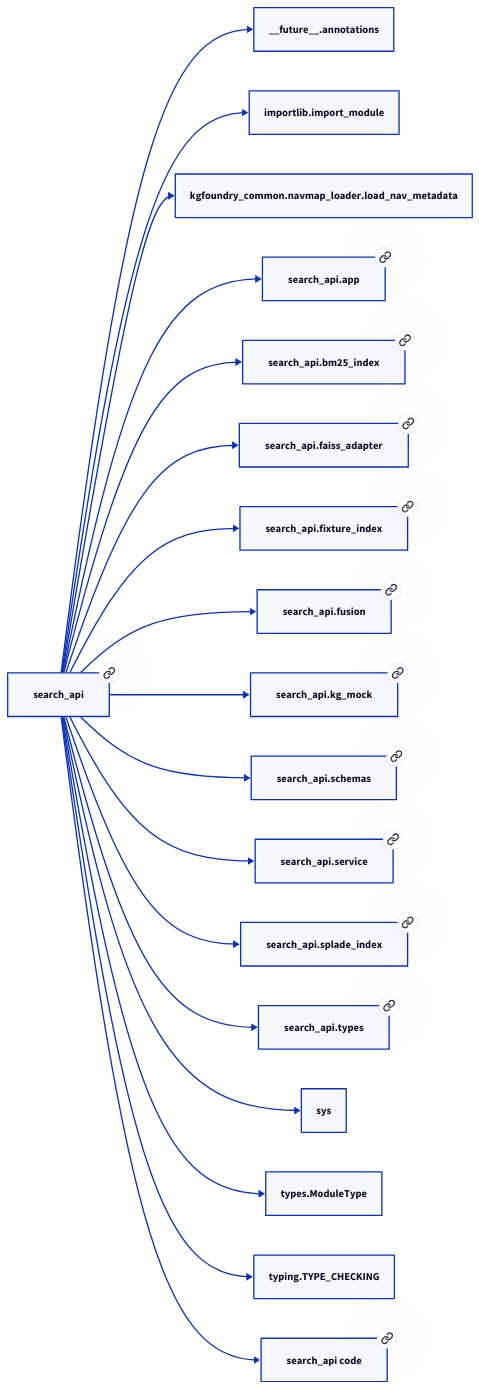
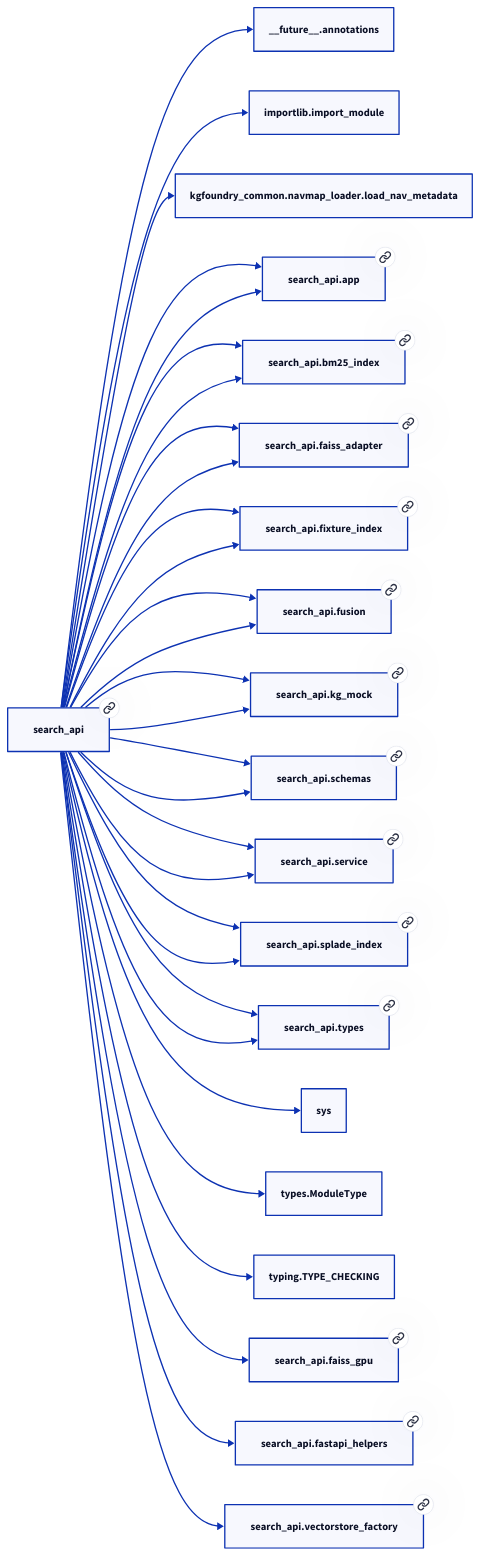
Before and after one commit to paul-heyse/kgforge: the diagram in docs/modules/search_api.md, drawn with D2. The commit also changed other lines of this file and 208 other files, not shown here.

````diff
--- a/docs/modules/search_api.md
+++ b/docs/modules/search_api.md
@@ -37,38 +41,52 @@
 ```d2
 direction: right
-"search_api": "search_api" { link: "./search_api.md" }
+"search_api": "search_api" { link: "https://github.com/paul-heyse/kgfoundry/blob/main/src/search_api/__init__.py" }
 "__future__.annotations": "__future__.annotations"
 "search_api" -> "__future__.annotations"
 "importlib.import_module": "importlib.import_module"
 "search_api" -> "importlib.import_module"
 "kgfoundry_common.navmap_loader.load_nav_metadata": "kgfoundry_common.navmap_loader.load_nav_metadata"
 "search_api" -> "kgfoundry_common.navmap_loader.load_nav_metadata"
-"search_api.app": "search_api.app" { link: "./search_api/app.md" }
+"search_api.app": "search_api.app" { link: "https://github.com/paul-heyse/kgfoundry/blob/main/src/search_api/app.py" }
 "search_api" -> "search_api.app"
-"search_api.bm25_index": "search_api.bm25_index" { link: "./search_api/bm25_index.md" }
+"search_api.bm25_index": "search_api.bm25_index" { link: "https://github.com/paul-heyse/kgfoundry/blob/main/src/search_api/bm25_index.py" }
 "search_api" -> "search_api.bm25_index"
-"search_api.faiss_adapter": "search_api.faiss_adapter" { link: "./search_api/faiss_adapter.md" }
+"search_api.faiss_adapter": "search_api.faiss_adapter" { link: "https://github.com/paul-heyse/kgfoundry/blob/main/src/search_api/faiss_adapter.py" }
 "search_api" -> "search_api.faiss_adapter"
-"search_api.fixture_index": "search_api.fixture_index" { link: "./search_api/fixture_index.md" }
+"search_api.fixture_index": "search_api.fixture_index" { link: "https://github.com/paul-heyse/kgfoundry/blob/main/src/search_api/fixture_index.py" }
 "search_api" -> "search_api.fixture_index"
-"search_api.fusion": "search_api.fusion" { link: "./search_api/fusion.md" }
+"search_api.fusion": "search_api.fusion" { link: "https://github.com/paul-heyse/kgfoundry/blob/main/src/search_api/fusion.py" }
 "search_api" -> "search_api.fusion"
-"search_api.kg_mock": "search_api.kg_mock" { link: "./search_api/kg_mock.md" }
+"search_api.kg_mock": "search_api.kg_mock" { link: "https://github.com/paul-heyse/kgfoundry/blob/main/src/search_api/kg_mock.py" }
 "search_api" -> "search_api.kg_mock"
-"search_api.schemas": "search_api.schemas" { link: "./search_api/schemas.md" }
+"search_api.schemas": "search_api.schemas" { link: "https://github.com/paul-heyse/kgfoundry/blob/main/src/search_api/schemas.py" }
 "search_api" -> "search_api.schemas"
-"search_api.service": "search_api.service" { link: "./search_api/service.md" }
+"search_api.service": "search_api.service" { link: "https://github.com/paul-heyse/kgfoundry/blob/main/src/search_api/service.py" }
 "search_api" -> "search_api.service"
-"search_api.splade_index": "search_api.splade_index" { link: "./search_api/splade_index.md" }
+"search_api.splade_index": "search_api.splade_index" { link: "https://github.com/paul-heyse/kgfoundry/blob/main/src/search_api/splade_index.py" }
 "search_api" -> "search_api.splade_index"
-"search_api.types": "search_api.types" { link: "./search_api/types.md" }
+"search_api.types": "search_api.types" { link: "https://github.com/paul-heyse/kgfoundry/blob/main/src/search_api/types.py" }
 "search_api" -> "search_api.types"
 "sys": "sys"
 "search_api" -> "sys"
 "types.ModuleType": "types.ModuleType"
 "search_api" -> "types.ModuleType"
 "typing.TYPE_CHECKING": "typing.TYPE_CHECKING"
 "search_api" -> "typing.TYPE_CHECKING"
-"search_api_code": "search_api code" { link: "https://github.com/kgfoundry/kgfoundry/blob/main/src/search_api/__init__.py" }
-"search_api" -> "search_api_code" { style: dashed }
+"search_api" -> "search_api.app" { style: dashed }
+"search_api" -> "search_api.bm25_index" { style: dashed }
+"search_api" -> "search_api.faiss_adapter" { style: dashed }
+"search_api.faiss_gpu": "search_api.faiss_gpu" { link: "https://github.com/paul-heyse/kgfoundry/blob/main/src/search_api/faiss_gpu.py" }
+"search_api" -> "search_api.faiss_gpu" { style: dashed }
+"search_api.fastapi_helpers": "search_api.fastapi_helpers" { link: "https://github.com/paul-heyse/kgfoundry/blob/main/src/search_api/fastapi_helpers.py" }
+"search_api" -> "search_api.fastapi_helpers" { style: dashed }
+"search_api" -> "search_api.fixture_index" { style: dashed }
+"search_api" -> "search_api.fusion" { style: dashed }
+"search_api" -> "search_api.kg_mock" { style: dashed }
+"search_api" -> "search_api.schemas" { style: dashed }
+"search_api" -> "search_api.service" { style: dashed }
+"search_api" -> "search_api.splade_index" { style: dashed }
+"search_api" -> "search_api.types" { style: dashed }
+"search_api.vectorstore_factory": "search_api.vectorstore_factory" { link: "https://github.com/paul-heyse/kgfoundry/blob/main/src/search_api/vectorstore_factory.py" }
+"search_api" -> "search_api.vectorstore_factory" { style: dashed }
 ```
````
